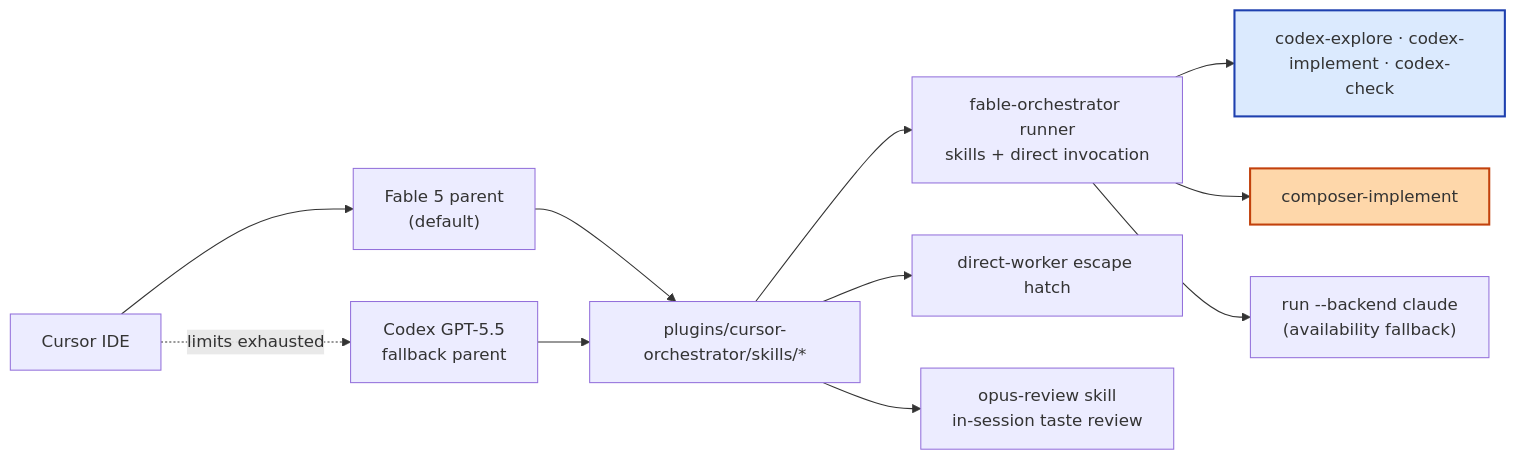
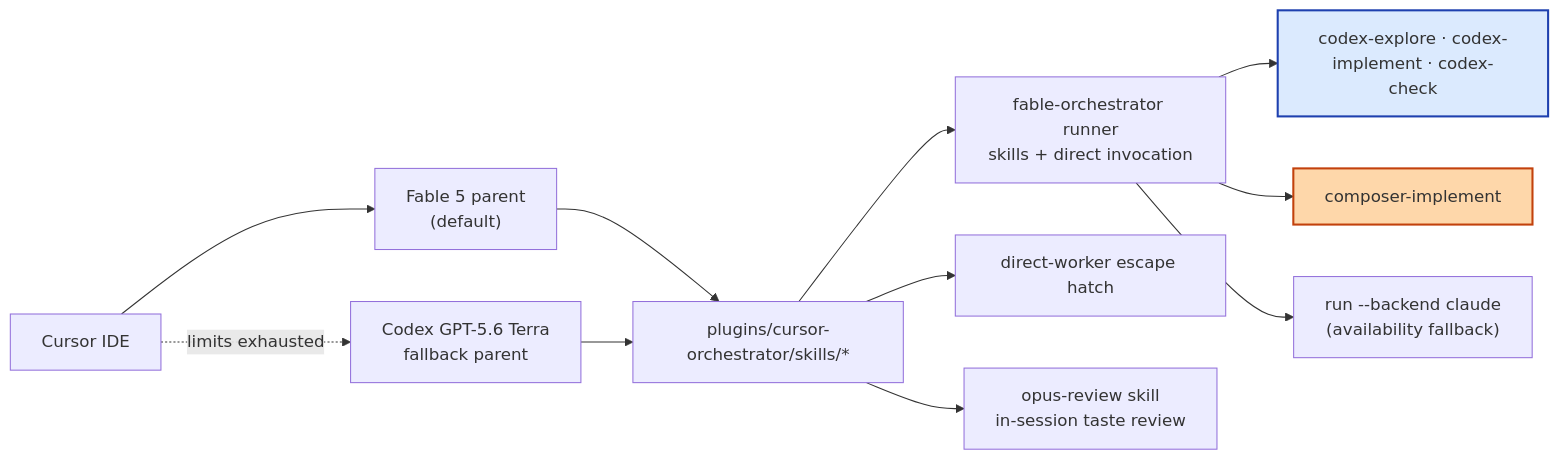
Before and after one commit to andysolomon/arc-orchestrator: the third of 6 diagrams in docs/diagrams/harness-overview.mermaid.md, drawn with Mermaid. The commit also changed other lines of this file and 41 other files, not shown here.

````diff
--- a/docs/diagrams/harness-overview.mermaid.md
+++ b/docs/diagrams/harness-overview.mermaid.md
@@ -110,18 +110,18 @@
 ```mermaid
 flowchart LR
     Cursor["Cursor IDE"] --> Fable["Fable 5 parent<br/>(default)"]
-    Cursor -.->|limits exhausted| CodexFB["Codex GPT-5.5<br/>fallback parent"]
+    Cursor -.->|limits exhausted| CodexFB["Codex GPT-5.6 Terra<br/>fallback parent"]
     Fable --> Skills["plugins/cursor-orchestrator/skills/*"]
     CodexFB --> Skills
     Skills --> Runner["fable-orchestrator runner<br/>skills + direct invocation"]
     Runner --> CodexW["codex-explore · codex-implement · codex-check"]
     Runner --> ComposerW["composer-implement"]
     Runner --> ClaudeBE["run --backend claude<br/>(availability fallback)"]
     Skills --> DirectW["direct-worker escape hatch"]
     Skills --> OpusReview["opus-review skill<br/>in-session taste review"]
 
     classDef readonly fill:#dbeafe,stroke:#1e40af,stroke-width:2px;
     classDef write fill:#fed7aa,stroke:#c2410c,stroke-width:2px;
     class CodexW readonly;
     class ComposerW write;
 ```
````
